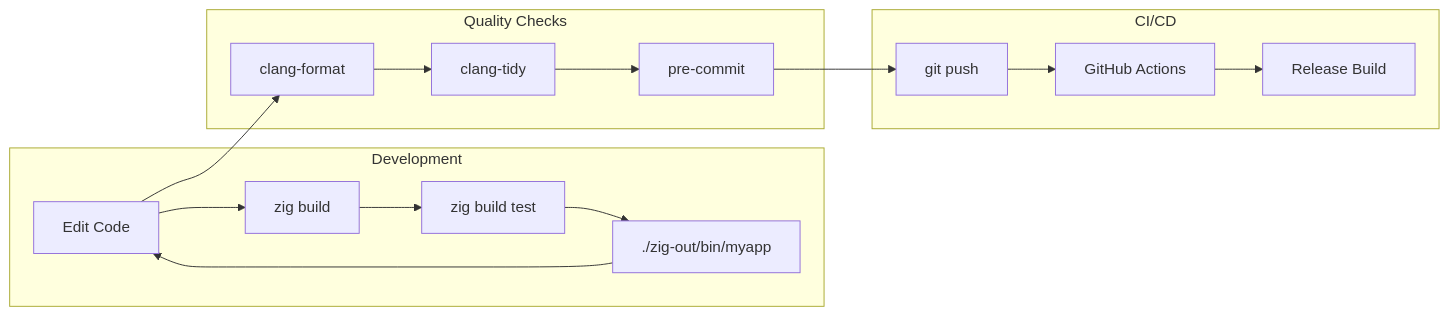
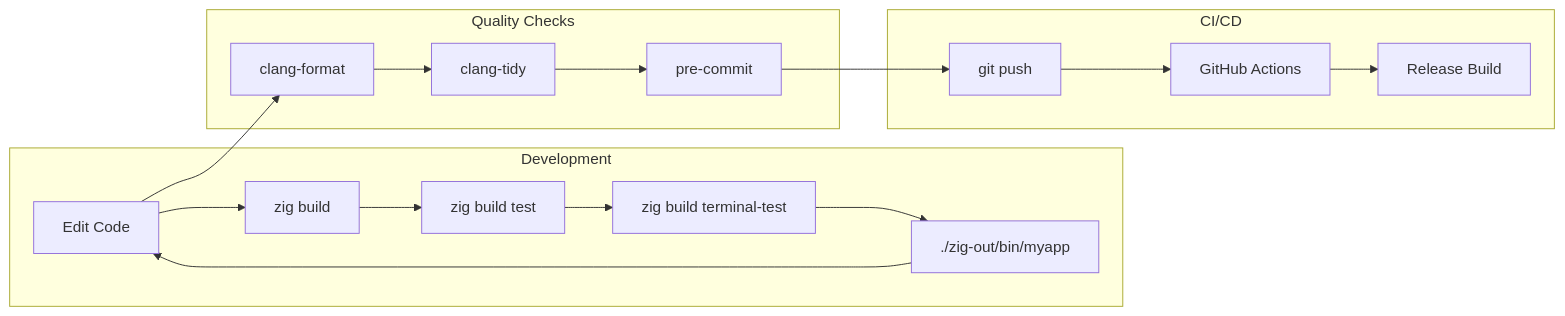
One commit to sammyjoyce/c23-cli-template changed the seventh of 7 diagrams in docs/ARCHITECTURE.md. Above: the diagram before and after it, drawn with Mermaid. The commit also changed other lines of this file and 19 other files, not shown here.

First line of the commit message:
[codex] Add terminal test framework (#16)

````diff
--- a/docs/ARCHITECTURE.md
+++ b/docs/ARCHITECTURE.md
@@ -298,34 +307,36 @@
 ```mermaid
 graph LR
     subgraph "Development"
         EDIT[Edit Code]
         BUILD[zig build]
         TEST[zig build test]
+        TERMTEST[zig build terminal-test]
         RUN[./zig-out/bin/myapp]
     end
 
     subgraph "Quality Checks"
         FORMAT[clang-format]
         LINT[clang-tidy]
         PRECOMMIT[pre-commit]
     end
 
     subgraph "CI/CD"
         PUSH[git push]
         CI[GitHub Actions]
         RELEASE[Release Build]
     end
 
     EDIT --> BUILD
     BUILD --> TEST
-    TEST --> RUN
+    TEST --> TERMTEST
+    TERMTEST --> RUN
     RUN --> EDIT
 
     EDIT --> FORMAT
     FORMAT --> LINT
     LINT --> PRECOMMIT
     PRECOMMIT --> PUSH
 
     PUSH --> CI
     CI --> RELEASE
 ```
````
